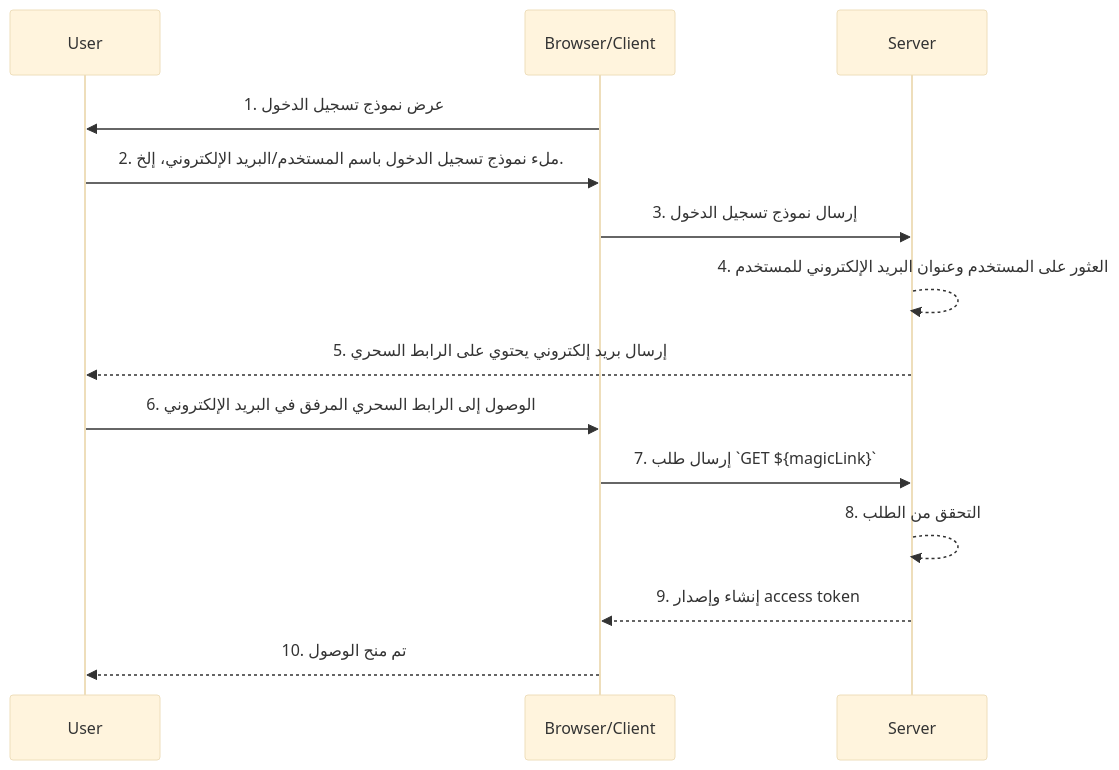
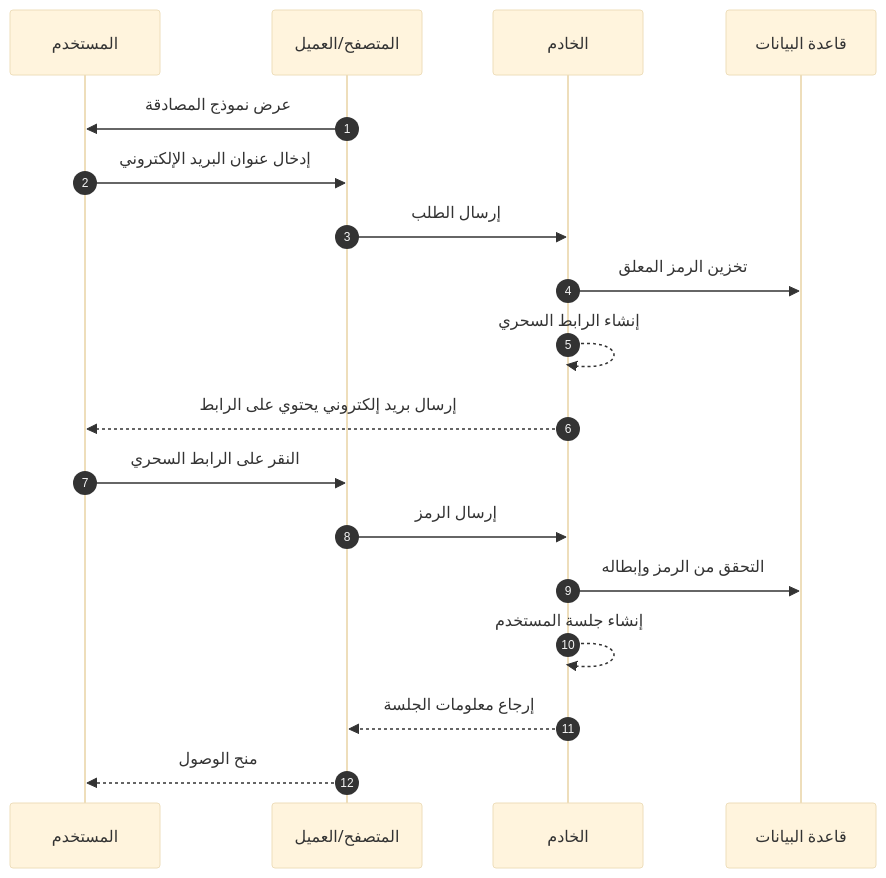
Before and after one commit to logto-io/auth-wiki: the first of 2 diagrams in src/content/terms/ar/magic-link.mdx, drawn with Mermaid (base theme). The commit also changed other lines of this file and 95 other files, not shown here.

````diff
--- a/src/content/terms/ar/magic-link.mdx
+++ b/src/content/terms/ar/magic-link.mdx
@@ -31,16 +17,20 @@
 ```mermaid
 sequenceDiagram
-    participant U as User
-    participant B as Browser/Client
-    participant S as Server
-    B->>U: 1. عرض نموذج تسجيل الدخول
-    U->>B: 2. ملء نموذج تسجيل الدخول باسم المستخدم/البريد الإلكتروني، إلخ.
-    B->>S: 3. إرسال نموذج تسجيل الدخول
-    S-->>S: 4. العثور على المستخدم وعنوان البريد الإلكتروني للمستخدم
-    S-->>U: 5. إرسال بريد إلكتروني يحتوي على الرابط السحري
-    U->>B: 6. الوصول إلى الرابط السحري المرفق في البريد الإلكتروني
-    B->>S: 7. إرسال طلب `GET ${magicLink}`
-    S-->>S: 8. التحقق من الطلب
-    S-->>B: 9. إنشاء وإصدار access token
-    B-->>U: 10. تم منح الوصول
+    autonumber
+    participant U as المستخدم
+    participant B as المتصفح/العميل
+    participant S as الخادم
+    participant D as قاعدة البيانات
+    B->>U: عرض نموذج المصادقة
+    U->>B: إدخال عنوان البريد الإلكتروني
+    B->>S: إرسال الطلب
+    S->>D: تخزين الرمز المعلق
+    S-->>S: إنشاء الرابط السحري
+    S-->>U: إرسال بريد إلكتروني يحتوي على الرابط
+    U->>B: النقر على الرابط السحري
+    B->>S: إرسال الرمز
+    S->>D: التحقق من الرمز وإبطاله
+    S-->>S: إنشاء جلسة المستخدم
+    S-->>B: إرجاع معلومات الجلسة
+    B-->>U: منح الوصول
 ```
````
